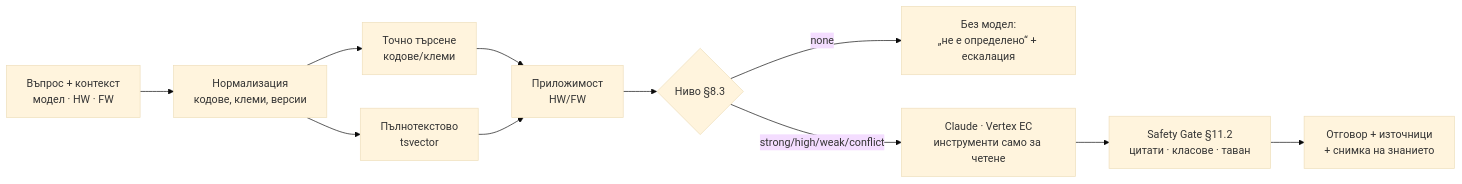
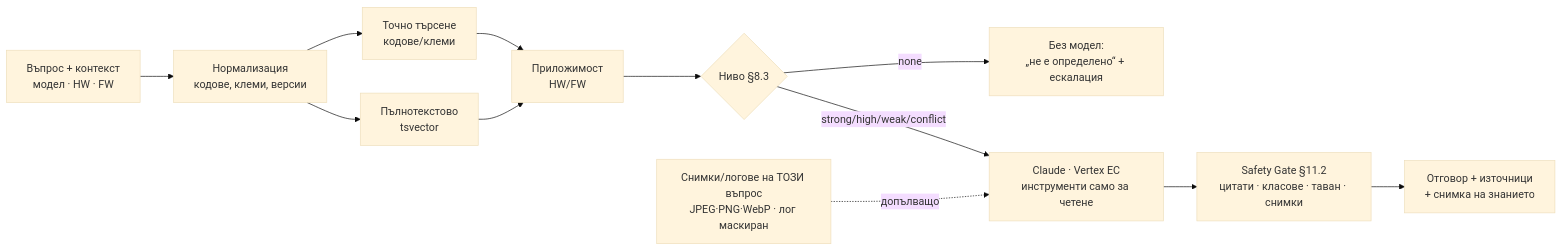
One commit to stefkostefko92-ux/Few-few changed the diagram in chatchat/README.md. Above: the diagram before and after it, drawn with Mermaid (base theme). The commit also changed other lines of this file and 29 other files, not shown here.

First line of the commit message:
feat(chatchat): анализ на снимки и логове като допълващо доказателство (FR-06, AC-06)

````diff
--- a/chatchat/README.md
+++ b/chatchat/README.md
@@ -14,13 +14,14 @@
 ```mermaid
 flowchart LR
   Q[Въпрос + контекст<br/>модел · HW · FW] --> N[Нормализация<br/>кодове, клеми, версии]
   N --> X[Точно търсене<br/>кодове/клеми]
   N --> F[Пълнотекстово<br/>tsvector]
   X --> P[Приложимост<br/>HW/FW]
   F --> P
   P --> L{Ниво §8.3}
   L -- none --> NA[Без модел:<br/>„не е определено“ + ескалация]
   L -- strong/high/weak/conflict --> M[Claude · Vertex ЕС<br/>инструменти само за четене]
-  M --> G[Safety Gate §11.2<br/>цитати · класове · таван]
+  PH[Снимки/логове на ТОЗИ въпрос<br/>JPEG·PNG·WebP · лог маскиран] -. допълващо .-> M
+  M --> G[Safety Gate §11.2<br/>цитати · класове · таван · снимки]
   G --> A[Отговор + източници<br/>+ снимка на знанието]
 ```
````
